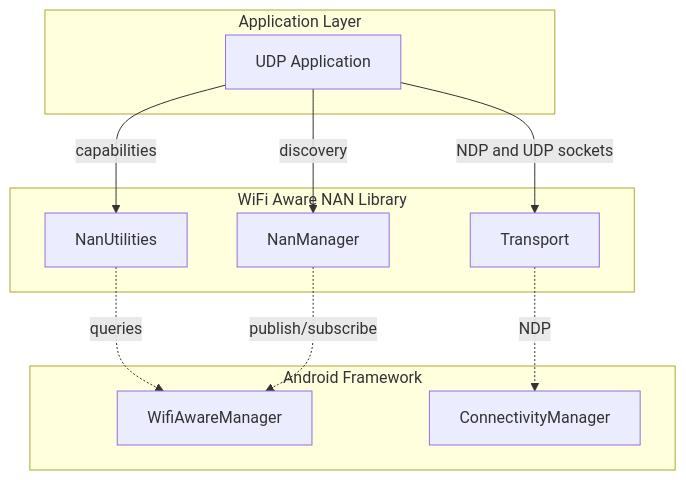
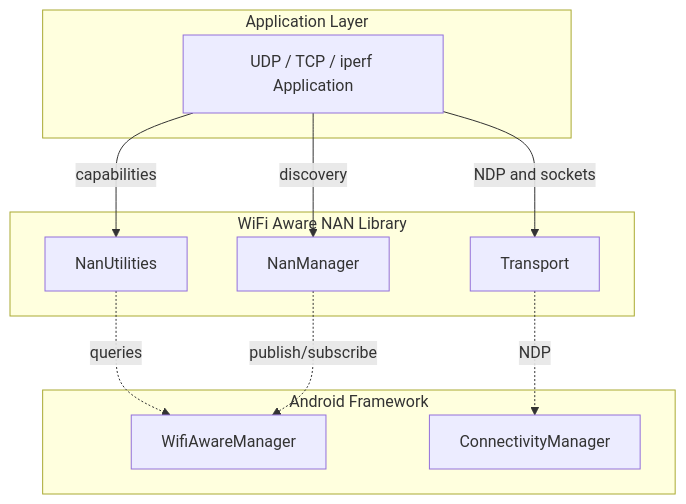
One commit to nachiketkukade/wifi-aware-android-demo changed the diagram in README.md. Above: the diagram before and after it, drawn with Mermaid. The commit also changed other lines of this file and 7 other files, not shown here.

First line of the commit message:
android: add UDP TCP and iperf actions

````diff
--- a/README.md
+++ b/README.md
@@ -9,25 +11,25 @@
 ```mermaid
 flowchart TB
     subgraph app [Application Layer]
-        App[UDP Application]
+        App[UDP / TCP / iperf Application]
     end
 
     subgraph library [WiFi Aware NAN Library]
         NanUtilities[NanUtilities]
         NanManager[NanManager]
         Transport[Transport]
     end
 
     subgraph android [Android Framework]
         AndroidWifiAwareManager[WifiAwareManager]
         ConnectivityManager[ConnectivityManager]
     end
 
     App -->|capabilities| NanUtilities
     App -->|discovery| NanManager
-    App -->|NDP and UDP sockets| Transport
+    App -->|NDP and sockets| Transport
 
     NanUtilities -.->|queries| AndroidWifiAwareManager
     NanManager -.->|publish/subscribe| AndroidWifiAwareManager
     Transport -.->|NDP| ConnectivityManager
 ```
````
